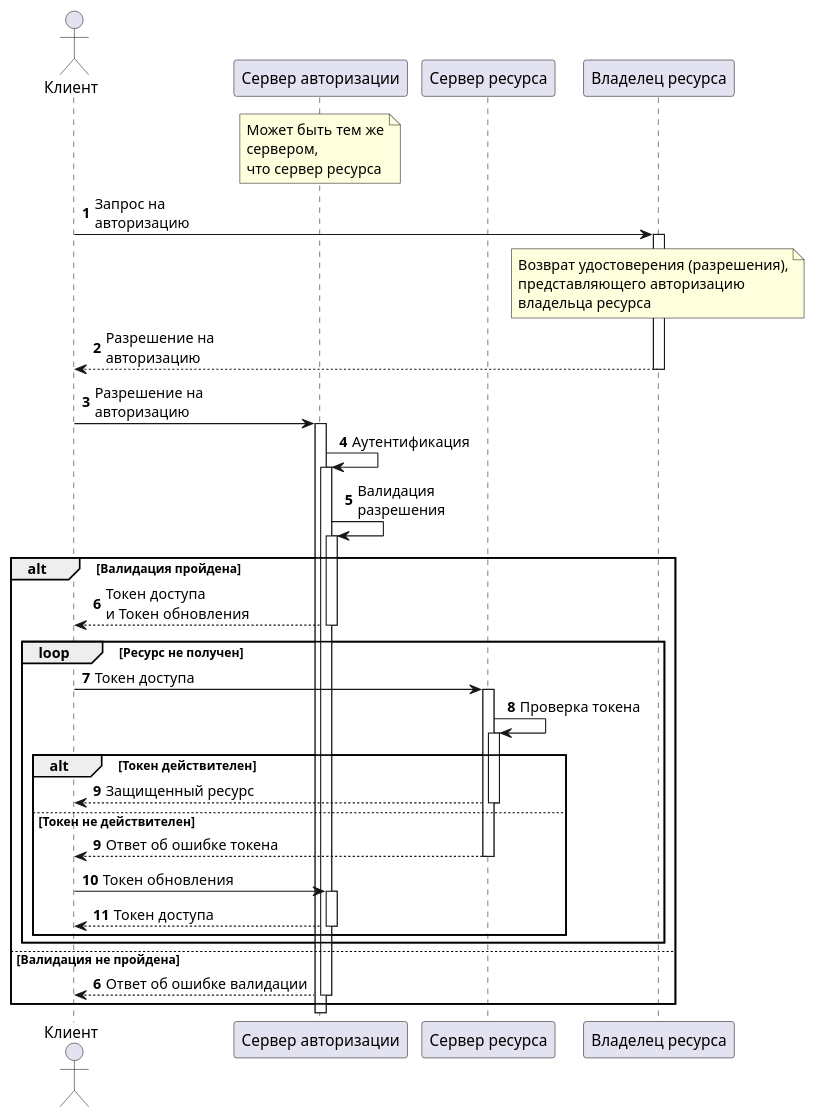
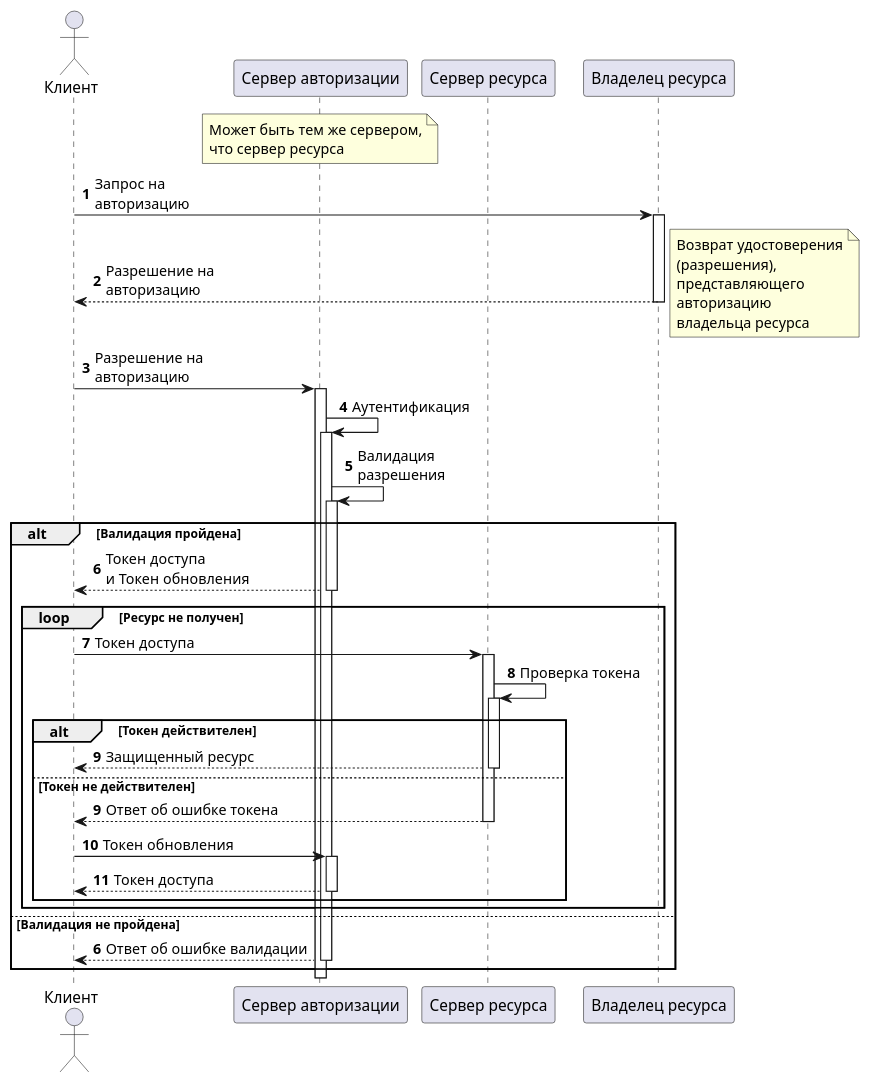
One commit to AleksanderNekr/LichessAnalyzer changed the diagram in docs/OAuth.puml. Above: the diagram before and after it, drawn with PlantUML.

Commit message:
[Docs] Layout changes in OAuth.puml.

```diff
--- a/docs/OAuth.puml
+++ b/docs/OAuth.puml
@@ -1,49 +1,50 @@
 @startuml
 
 autonumber
 autoactivate on
 
 actor Клиент as client
 participant "Сервер авторизации" as auth_server
 note over of auth_server
-Может быть тем же
-сервером,
+Может быть тем же сервером,
 что сервер ресурса
 end note
 participant "Сервер ресурса" as resource_server
 participant "Владелец ресурса" as resource_owner
 
 client -> resource_owner: Запрос на\nавторизацию
-note over of resource_owner
-Возврат удостоверения (разрешения),
-представляющего авторизацию
+return Разрешение на\nавторизацию
+note right
+Возврат удостоверения
+(разрешения),
+представляющего
+авторизацию
 владельца ресурса
 end note
-return Разрешение на\nавторизацию
 
 client -> auth_server: Разрешение на\nавторизацию
 auth_server -> auth_server: Аутентификация
 auth_server -> auth_server: Валидация\nразрешения
 
 alt Валидация пройдена
     auth_server --> client: Токен доступа\nи Токен обновления
     
     loop Ресурс не получен
         client -> resource_server: Токен доступа
         resource_server -> resource_server: Проверка токена
         alt Токен действителен
             resource_server --> client: Защищенный ресурс
         else Токен не действителен
             autonumber 9
             resource_server --> client: Ответ об ошибке токена
             client -> auth_server: Токен обновления
             auth_server --> client: Токен доступа
         end
     end
 else Валидация не пройдена
     autonumber 6
     auth_server --> client: Ответ об ошибке валидации
 end
 
 
 @enduml
```
